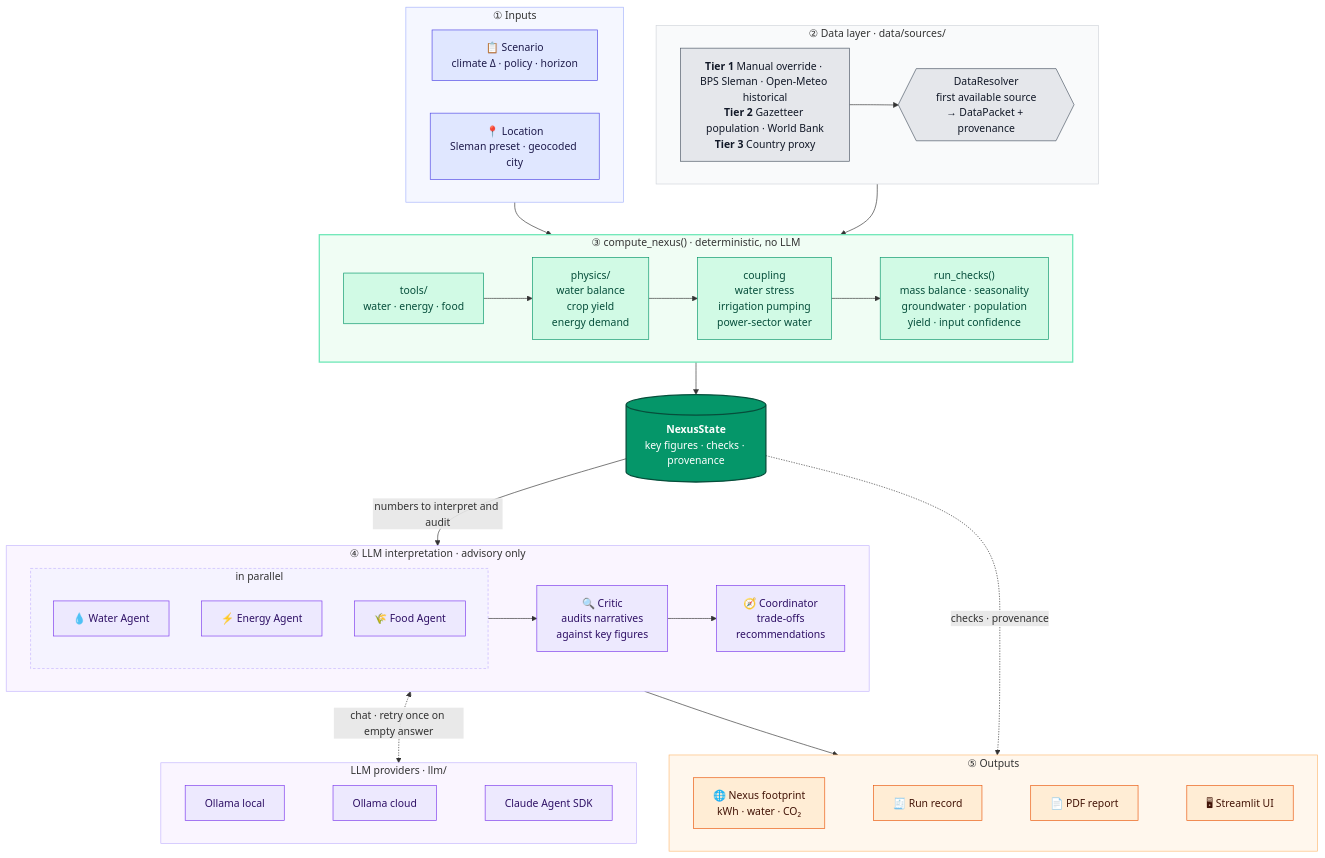
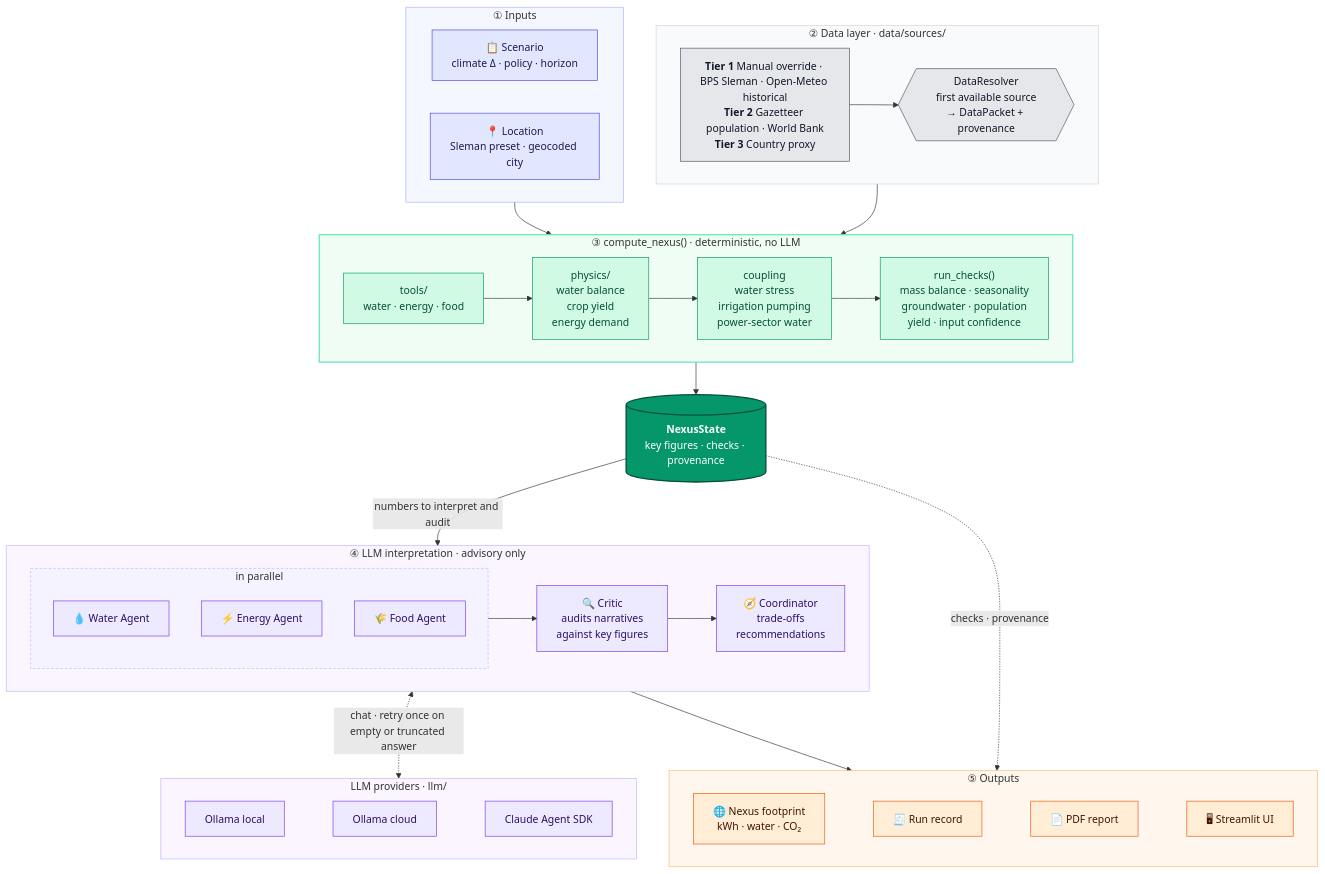
One commit to zakusworo/wef-agentic changed the first of 3 diagrams in README.md. Above: the diagram before and after it, drawn with Mermaid. The commit also changed other lines of this file and 18 other files, not shown here.

````diff
--- a/README.md
+++ b/README.md
@@ -133,78 +133,78 @@
 ```mermaid
 flowchart TB
     subgraph INPUT["① Inputs"]
         direction LR
         SC["📋 Scenario<br/>climate Δ · policy · horizon"]
         LOC["📍 Location<br/>Sleman preset · geocoded city"]
     end
 
     subgraph DATA["② Data layer · data/sources/"]
         direction LR
         SRC["<b>Tier 1</b> Manual override · BPS Sleman · Open-Meteo historical<br/><b>Tier 2</b> Gazetteer population · World Bank<br/><b>Tier 3</b> Country proxy"]
         DR{{"DataResolver<br/>first available source<br/>→ DataPacket + provenance"}}
         SRC --> DR
     end
 
     subgraph CORE["③ compute_nexus() · deterministic, no LLM"]
         direction LR
         TOOLS["tools/<br/>water · energy · food"]
         PHYS["physics/<br/>water balance<br/>crop yield<br/>energy demand"]
         CPL["coupling<br/>water stress<br/>irrigation pumping<br/>power-sector water"]
         CHK["run_checks()<br/>mass balance · seasonality<br/>groundwater · population<br/>yield · input confidence"]
         TOOLS --> PHYS --> CPL --> CHK
     end
 
     NS[("<b>NexusState</b><br/>key figures · checks · provenance")]
 
     subgraph AGENTS["④ LLM interpretation · advisory only"]
         direction LR
         subgraph DOMAIN["in parallel"]
             direction TB
             WA["💧 Water Agent"]
             EA["⚡ Energy Agent"]
             FA["🌾 Food Agent"]
         end
         CR["🔍 Critic<br/>audits narratives<br/>against key figures"]
         CO["🧭 Coordinator<br/>trade-offs<br/>recommendations"]
         DOMAIN --> CR --> CO
     end
 
     subgraph PROVIDERS["LLM providers · llm/"]
         direction LR
         OL["Ollama local"] ~~~ OC["Ollama cloud"] ~~~ CS["Claude Agent SDK"]
     end
 
     subgraph OUTPUT["⑤ Outputs"]
         direction LR
         FP["🌐 Nexus footprint<br/>kWh · water · CO₂"] ~~~ RR["🧾 Run record"] ~~~ PDF["📄 PDF report"] ~~~ UI["🖥 Streamlit UI"]
     end
 
     INPUT --> CORE
     DATA --> CORE
     CORE --> NS
     NS -->|"numbers to interpret and audit"| AGENTS
-    AGENTS <-.->|"chat · retry once on empty answer"| PROVIDERS
+    AGENTS <-.->|"chat · retry once on empty or truncated answer"| PROVIDERS
     AGENTS --> OUTPUT
     NS -.->|"checks · provenance"| OUTPUT
 
     classDef input fill:#e0e7ff,stroke:#4f46e5,color:#1e1b4b
     classDef data fill:#e5e7eb,stroke:#4b5563,color:#111827
     classDef core fill:#d1fae5,stroke:#059669,color:#064e3b
     classDef state fill:#059669,stroke:#064e3b,color:#ffffff,stroke-width:2px
     classDef llm fill:#ede9fe,stroke:#7c3aed,color:#2e1065
     classDef out fill:#ffedd5,stroke:#ea580c,color:#431407
     class SC,LOC input
     class SRC,DR data
     class TOOLS,PHYS,CPL,CHK core
     class NS state
     class WA,EA,FA,CR,CO,OL,OC,CS llm
     class FP,RR,PDF,UI out
 
     style INPUT fill:#f5f7ff,stroke:#a5b4fc
     style DATA fill:#f9fafb,stroke:#d1d5db
     style CORE fill:#f0fdf4,stroke:#6ee7b7,stroke-width:2px
     style AGENTS fill:#faf5ff,stroke:#c4b5fd
     style DOMAIN fill:#f5f3ff,stroke:#c4b5fd,stroke-dasharray:4 3
     style PROVIDERS fill:#faf5ff,stroke:#c4b5fd
     style OUTPUT fill:#fff7ed,stroke:#fdba74
 ```
````
